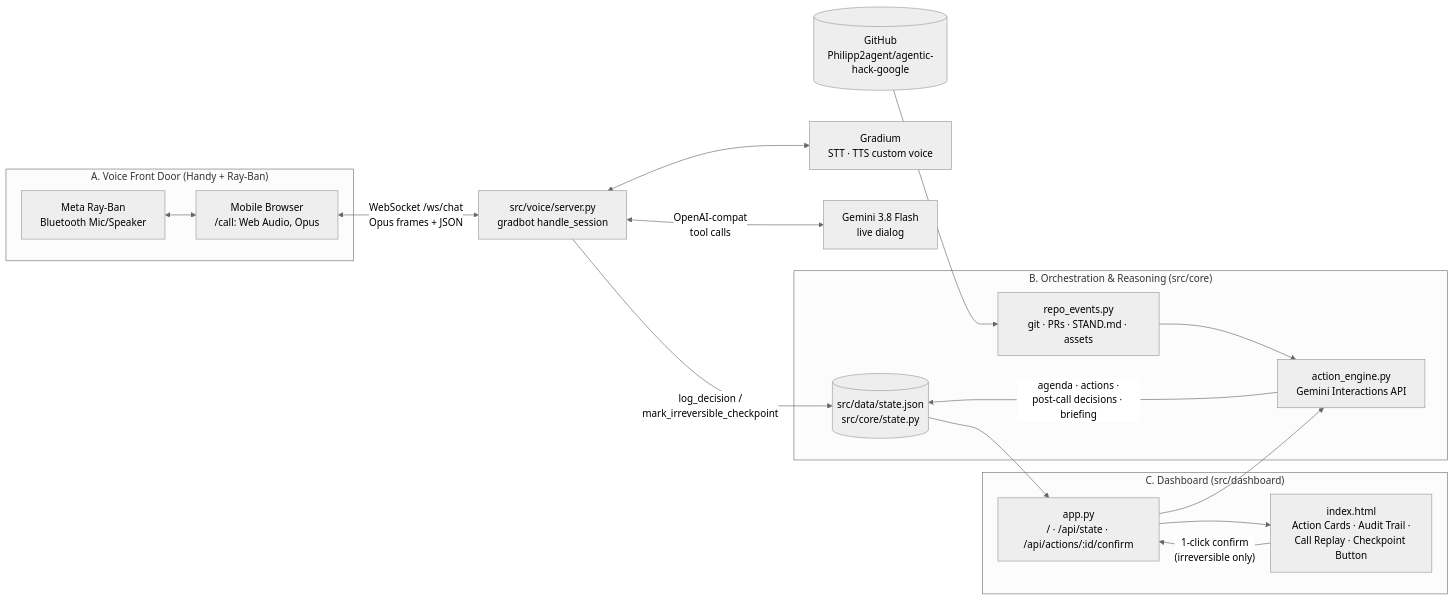
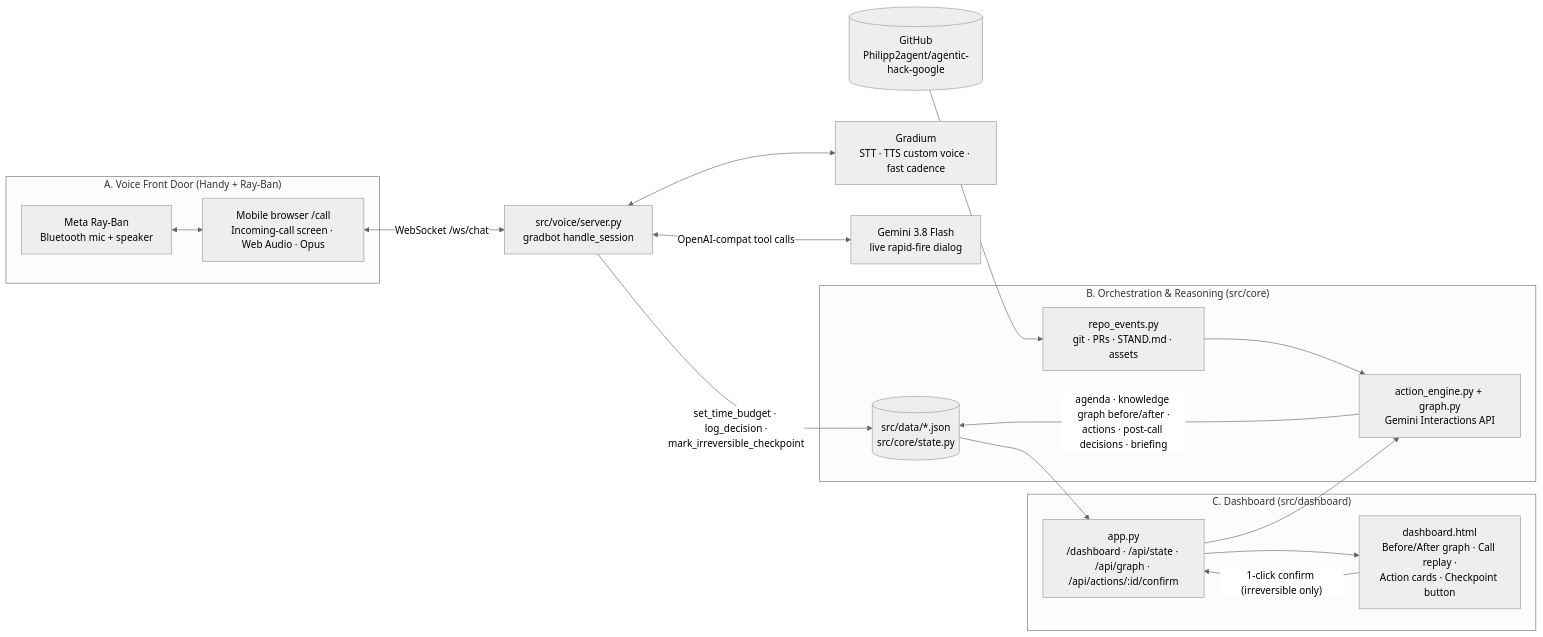
The diagram in docs/ARCHITEKTUR.md (Philipp2agent/agentic-hack-google), drawn with Mermaid (neutral theme) before and after one commit. The commit also changed other lines of this file and 10 other files, not shown here.

````diff
--- a/docs/ARCHITEKTUR.md
+++ b/docs/ARCHITEKTUR.md
@@ -16,20 +17,20 @@
 ```mermaid
 flowchart LR
   subgraph Commute["A. Voice Front Door (Handy + Ray-Ban)"]
-    RB[Meta Ray-Ban<br/>Bluetooth Mic/Speaker] <--> PH[Mobile Browser<br/>/call: Web Audio, Opus]
+    RB["Meta Ray-Ban<br/>Bluetooth mic + speaker"] <--> PH["Mobile browser /call<br/>Incoming-call screen · Web Audio · Opus"]
   end
-  PH <-- "WebSocket /ws/chat<br/>Opus frames + JSON" --> VS[src/voice/server.py<br/>gradbot handle_session]
-  VS <--> GR["Gradium<br/>STT · TTS custom voice"]
-  VS <-- "OpenAI-compat<br/>tool calls" --> GF[Gemini 3.8 Flash<br/>live dialog]
-  VS -- "log_decision /<br/>mark_irreversible_checkpoint" --> ST[(src/data/state.json<br/>src/core/state.py)]
+  PH <-- "WebSocket /ws/chat" --> VS["src/voice/server.py<br/>gradbot handle_session"]
+  VS <--> GR["Gradium<br/>STT · TTS custom voice · fast cadence"]
+  VS <-- "OpenAI-compat tool calls" --> GF["Gemini 3.8 Flash<br/>live rapid-fire dialog"]
+  VS -- "set_time_budget · log_decision ·<br/>mark_irreversible_checkpoint" --> ST[("src/data/*.json<br/>src/core/state.py")]
   subgraph Core["B. Orchestration & Reasoning (src/core)"]
-    RE["repo_events.py<br/>git · PRs · STAND.md · assets"] --> AE[action_engine.py<br/>Gemini Interactions API]
-    AE -- "agenda · actions ·<br/>post-call decisions · briefing" --> ST
+    RE["repo_events.py<br/>git · PRs · STAND.md · assets"] --> AE["action_engine.py + graph.py<br/>Gemini Interactions API"]
+    AE -- "agenda · knowledge graph before/after ·<br/>actions · post-call decisions · briefing" --> ST
   end
-  GH[(GitHub<br/>Philipp2agent/agentic-hack-google)] --> RE
+  GH[("GitHub<br/>Philipp2agent/agentic-hack-google")] --> RE
   subgraph Laptop["C. Dashboard (src/dashboard)"]
-    DB["app.py<br/>/ · /api/state · /api/actions/:id/confirm"] --> UI["index.html<br/>Action Cards · Audit Trail ·<br/>Call Replay · Checkpoint Button"]
+    DB["app.py<br/>/dashboard · /api/state · /api/graph · /api/actions/:id/confirm"] --> UI["dashboard.html<br/>Before/After graph · Call replay ·<br/>Action cards · Checkpoint button"]
   end
   ST --> DB
-  UI -- "1-click confirm<br/>(irreversible only)" --> DB --> AE
+  UI -- "1-click confirm (irreversible only)" --> DB --> AE
 ```
````
